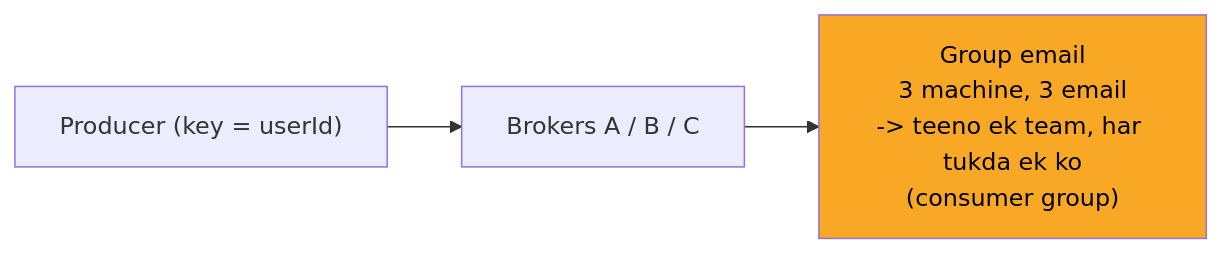
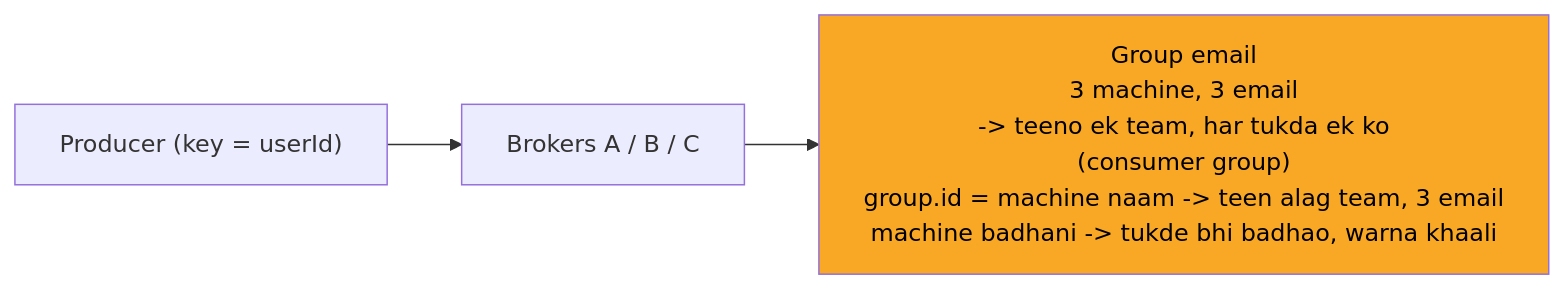
Before and after one commit to ArpanMaheshwari144/Prep: the fifth of 12 diagrams in 04_HLD/SYSTEM_DESIGNS/12_message_queue_kafka/12_message_queue_kafka.md, drawn with Mermaid. The commit also changed other lines of this file and 12 other files, not shown here.

Commit message:
hld 02-14: peele dabbe me SAFAR ke mod + diagram chauda (wrappingWidth 450)

````diff
--- a/04_HLD/SYSTEM_DESIGNS/12_message_queue_kafka/12_message_queue_kafka.md
+++ b/04_HLD/SYSTEM_DESIGNS/12_message_queue_kafka/12_message_queue_kafka.md
@@ -176,9 +180,10 @@
 ```mermaid
+%%{init: {"flowchart": {"wrappingWidth": 450}}}%%
 flowchart LR
     n_P["Producer (key = userId)"]
     n_B["Brokers A / B / C"]
-    n_GE["Group email<br/>3 machine, 3 email<br/>-> teeno ek team, har tukda ek ko<br/>(consumer group)"]
+    n_GE["Group email<br/>3 machine, 3 email<br/>-> teeno ek team, har tukda ek ko<br/>(consumer group)<br/>group.id = machine naam -> teen alag team, 3 email<br/>machine badhani -> tukde bhi badhao, warna khaali"]
     n_P --> n_B
     n_B --> n_GE
     style n_GE fill:#f9a825,color:#000
 ```
````
